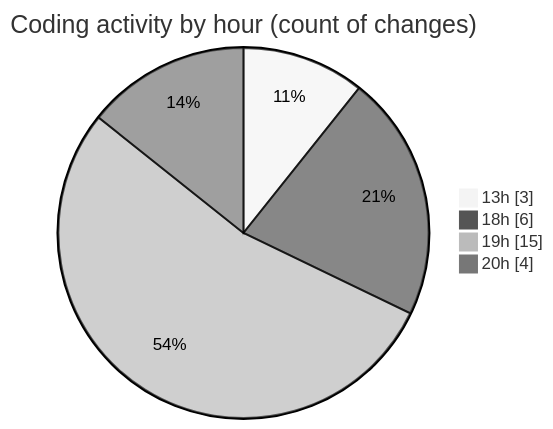
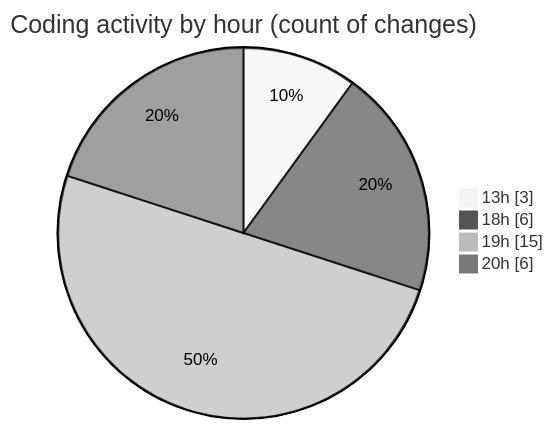
One commit to jrari/code-tracking changed the second of 2 diagrams in 2025-07-16/telebot/README.md. Above: the diagram before and after it, drawn with Mermaid (neutral theme). The commit also changed other lines of this file and 1 other file, not shown here.

````diff
--- a/2025-07-16/telebot/README.md
+++ b/2025-07-16/telebot/README.md
@@ -38,8 +39,8 @@
 ```mermaid
 pie showData
 title Coding activity by hour (count of changes)
 "13h" : 3
 "18h" : 6
 "19h" : 15
-"20h" : 4
+"20h" : 6
 ```
````
